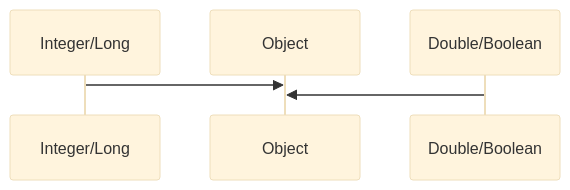
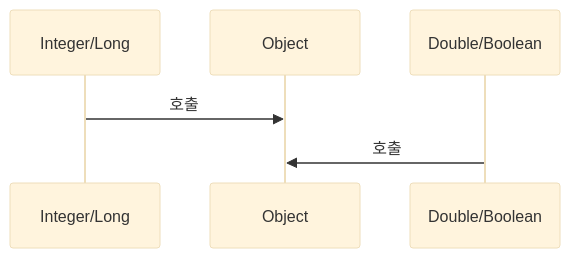
The first of 4 diagrams in _posts/java/2026-05-01-java-wrapper-class.md (yjkim2015/yjkim2015.github.io), drawn with Mermaid (base theme) before and after one commit. The commit also changed other lines of this file and 85 other files, not shown here.

First line of the commit message:
sequenceDiagram 문법 에러 2차 수정 169개 (86파일)

````diff
--- a/_posts/java/2026-05-01-java-wrapper-class.md
+++ b/_posts/java/2026-05-01-java-wrapper-class.md
@@ -22,5 +22,5 @@
 ```mermaid
 sequenceDiagram
-    Integer/Long->>Object:
-    Double/Boolean->>Object:
+    Integer/Long->>Object: 호출
+    Double/Boolean->>Object: 호출
 ```
````
